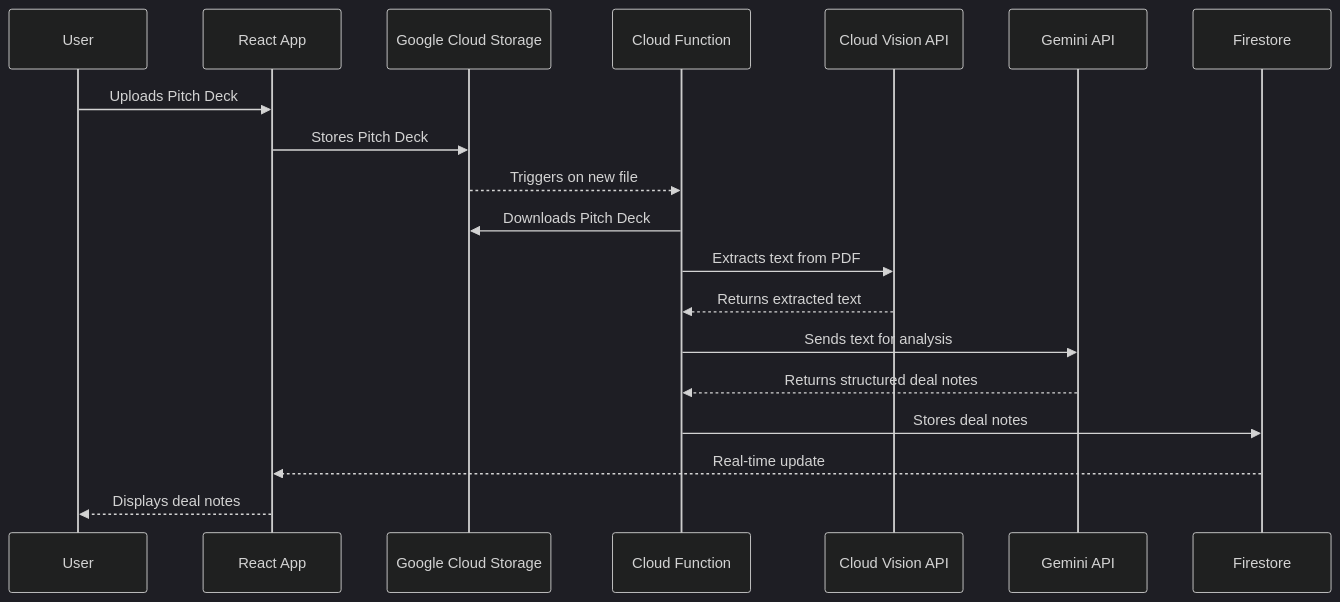
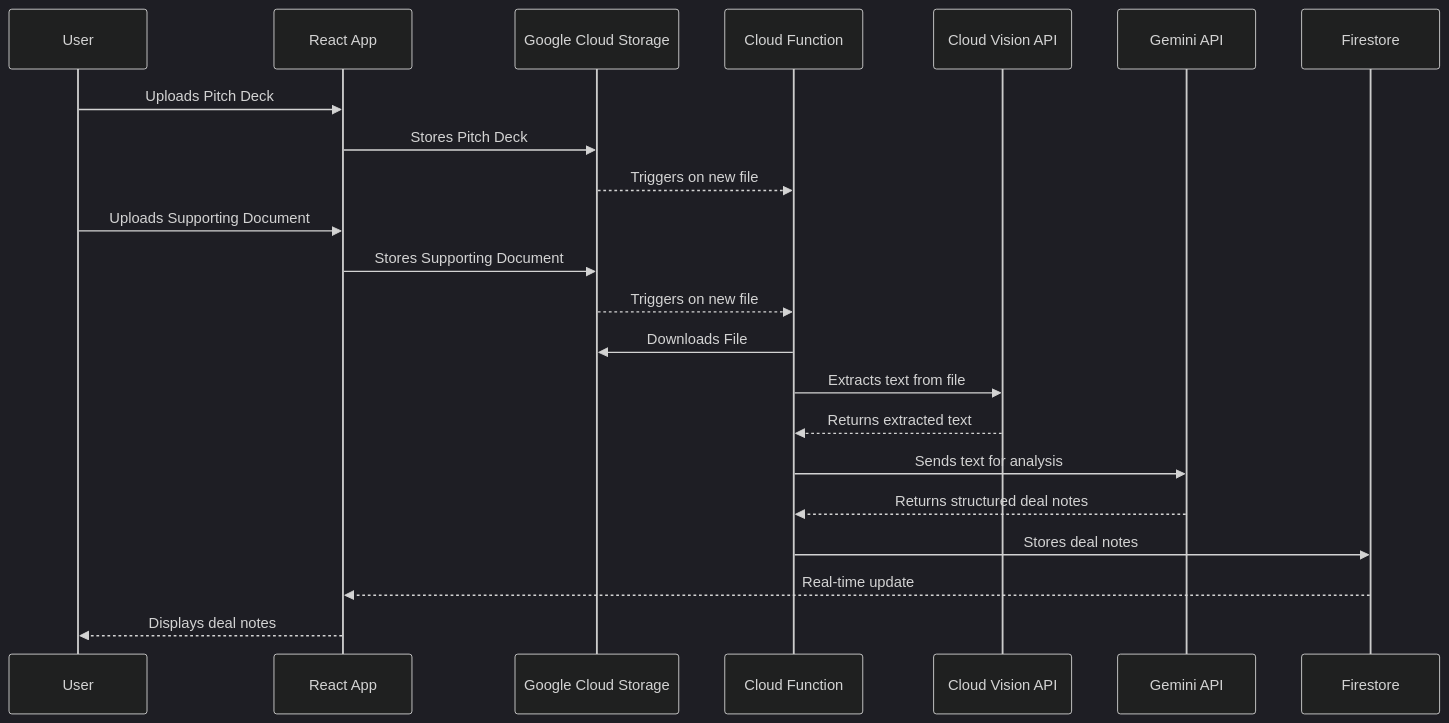
Before and after one commit to bakiyaa/AI-startup-Evaluator: the second of 2 diagrams in usecase1.md, drawn with Mermaid (dark theme). The commit also changed other lines of this file and 8 other files, not shown here.

````diff
--- a/usecase1.md
+++ b/usecase1.md
@@ -22,22 +27,27 @@
 ```mermaid
 sequenceDiagram
     participant User
     participant ReactApp as React App
     participant GCS as Google Cloud Storage
     participant CloudFunction as Cloud Function
     participant VisionAPI as Cloud Vision API
     participant GeminiAPI as Gemini API
     participant Firestore
 
     User->>ReactApp: Uploads Pitch Deck
     ReactApp->>GCS: Stores Pitch Deck
     GCS-->>CloudFunction: Triggers on new file
-    CloudFunction->>GCS: Downloads Pitch Deck
-    CloudFunction->>VisionAPI: Extracts text from PDF
+
+    User->>ReactApp: Uploads Supporting Document
+    ReactApp->>GCS: Stores Supporting Document
+    GCS-->>CloudFunction: Triggers on new file
+
+    CloudFunction->>GCS: Downloads File
+    CloudFunction->>VisionAPI: Extracts text from file
     VisionAPI-->>CloudFunction: Returns extracted text
     CloudFunction->>GeminiAPI: Sends text for analysis
     GeminiAPI-->>CloudFunction: Returns structured deal notes
     CloudFunction->>Firestore: Stores deal notes
     Firestore-->>ReactApp: Real-time update
     ReactApp-->>User: Displays deal notes
 ```
````
